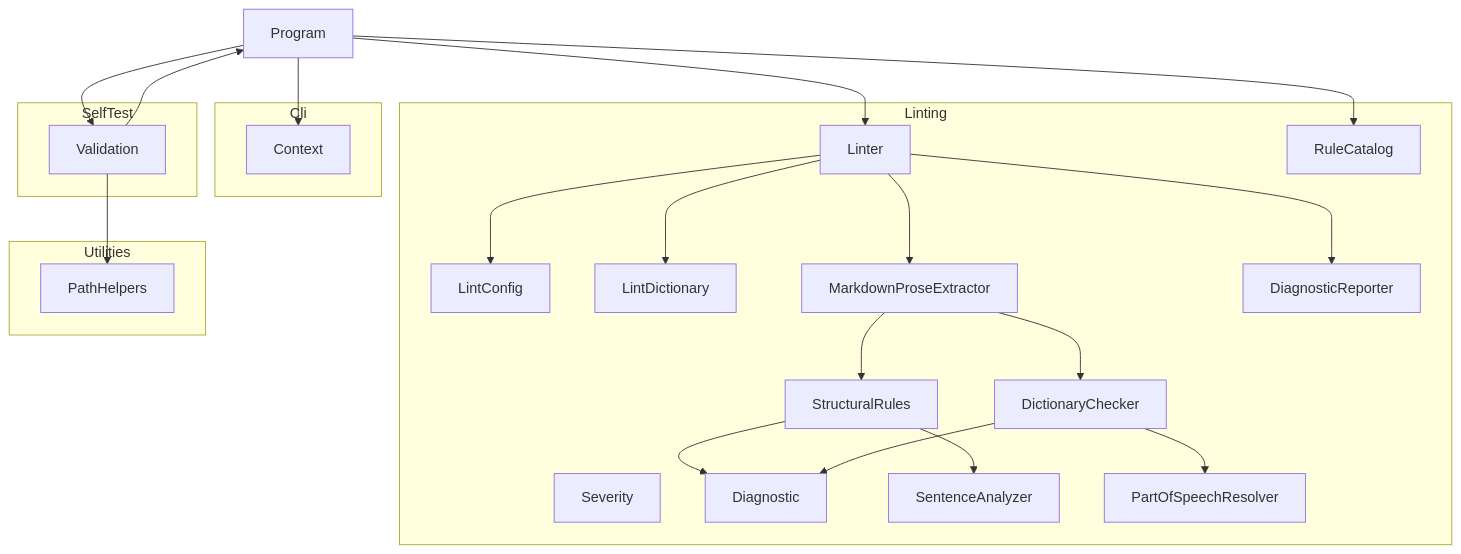
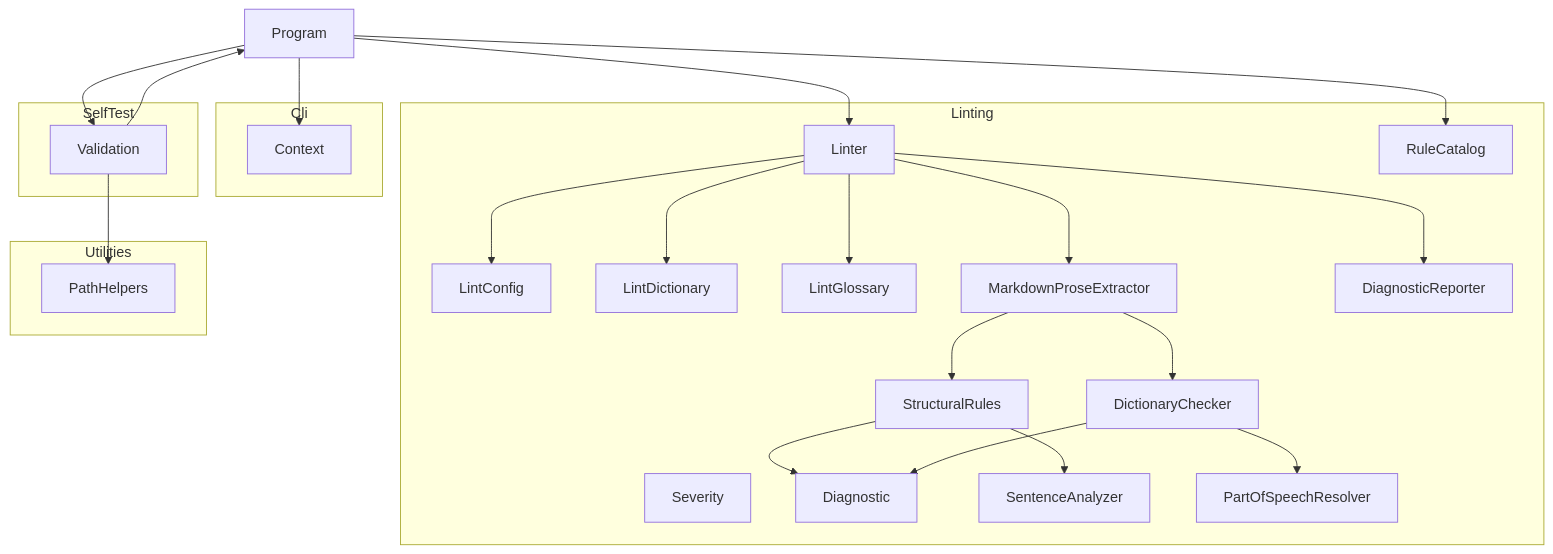
Before and after one commit to demaconsulting/Ste100Mark: the diagram in docs/design/ste100-mark.md, drawn with Mermaid. The commit also changed 33 other files, not shown here.

````diff
--- a/docs/design/ste100-mark.md
+++ b/docs/design/ste100-mark.md
@@ -11,43 +11,45 @@
 ```mermaid
 flowchart TD
     Program
     subgraph Cli
         Context
     end
     subgraph Linting
         Severity
         Diagnostic
         LintConfig
         LintDictionary
+        LintGlossary
         MarkdownProseExtractor
         SentenceAnalyzer
         StructuralRules
         DictionaryChecker
         PartOfSpeechResolver
         DiagnosticReporter
         Linter
         RuleCatalog
     end
     subgraph SelfTest
         Validation
     end
     subgraph Utilities
         PathHelpers
     end
     Program --> Context
     Program --> Linter
     Program --> Validation
     Program --> RuleCatalog
     Validation --> Program
     Validation --> PathHelpers
     Linter --> LintConfig
     Linter --> LintDictionary
+    Linter --> LintGlossary
     Linter --> MarkdownProseExtractor
     MarkdownProseExtractor --> StructuralRules
     MarkdownProseExtractor --> DictionaryChecker
     StructuralRules --> SentenceAnalyzer
     StructuralRules --> Diagnostic
     DictionaryChecker --> Diagnostic
     DictionaryChecker --> PartOfSpeechResolver
     Linter --> DiagnosticReporter
 ```
````
